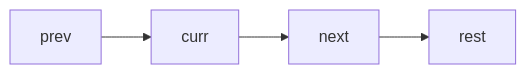
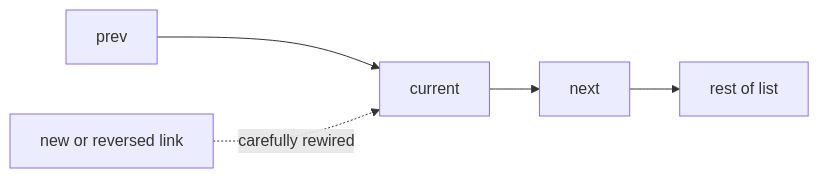
The diagram in linked-list/README.md (Icon1cc/Data-Structures-and-Algorithms), drawn with Mermaid before and after one commit. The commit also changed other lines of this file and 112 other files, not shown here.

````diff
--- a/linked-list/README.md
+++ b/linked-list/README.md
@@ -55,6 +62,7 @@
 ```mermaid
 flowchart LR
-    A[prev] --> B[curr]
+    A[prev] --> B[current]
     B --> C[next]
-    C --> D[rest]
+    D[new or reversed link] -. carefully rewired .-> B
+    C --> E[rest of list]
 ```
````
